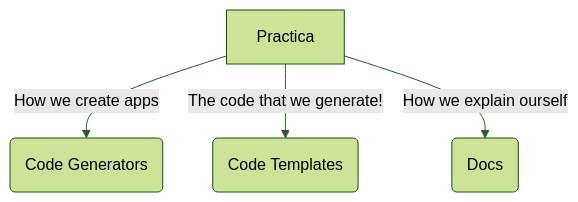
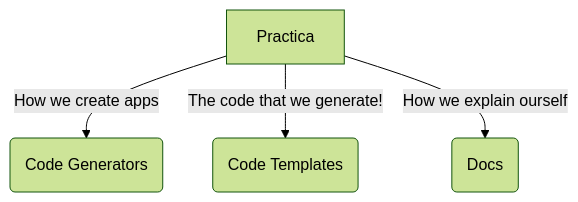
Before and after one commit to marcosmol204/practica: the first of 4 diagrams in CONTRIBUTING.md, drawn with Mermaid.

Commit message:
another test

````diff
--- a/CONTRIBUTING.md
+++ b/CONTRIBUTING.md
@@ -60,9 +60,9 @@
 ```mermaid
-%%{init: {'theme': 'forest', 'themeVariables': { 'lineColor': '#2d572c', 'primaryColor': '#ff0000', 'fontWeight': 'bold', 'fontFamily': 'comfortaa, Roboto'}}}%%
+%%{init: {'theme': 'forest','darkMode':'true', 'themeVariables': { 'primaryColor': '#ff0000', 'fontWeight': 'bold', 'fontFamily': 'comfortaa, Roboto'}}}%%
 graph
       A[Practica] -->|How we create apps| B(Code Generators)
       A -->|The code that we generate!| C(Code Templates)
       A -->|How we explain ourself| D(Docs)
 
 
 ```
````
